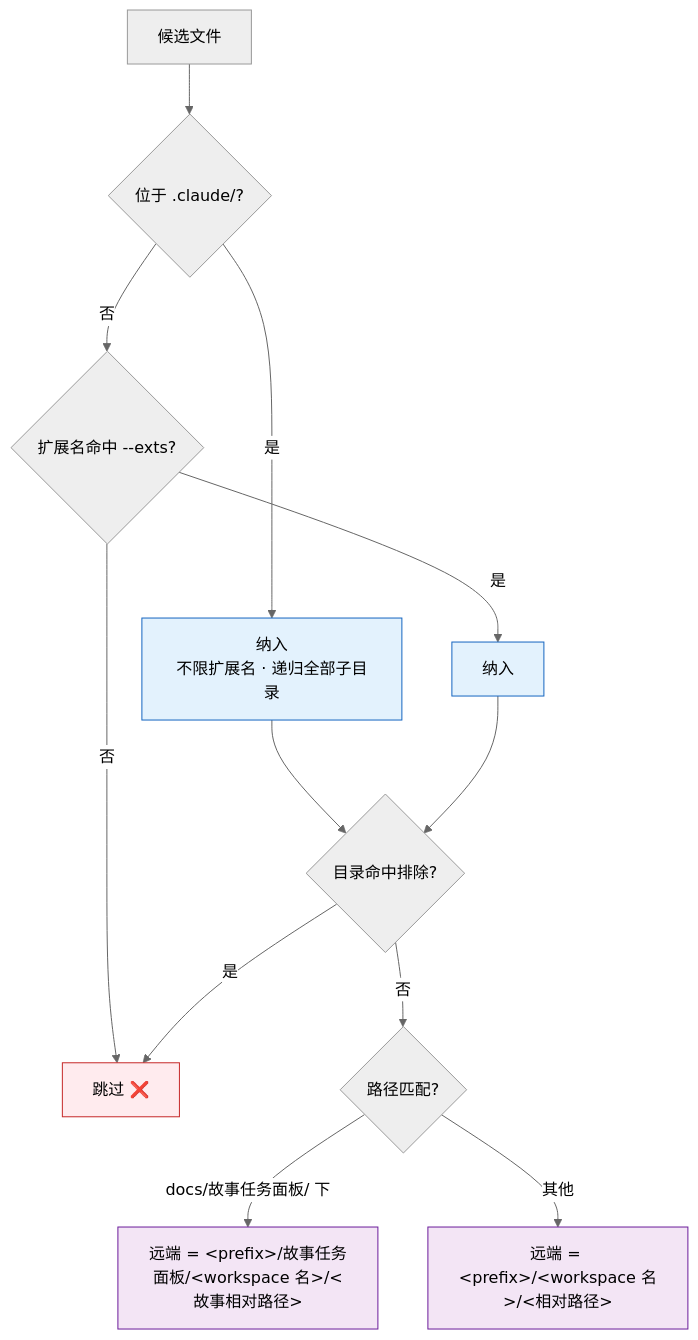
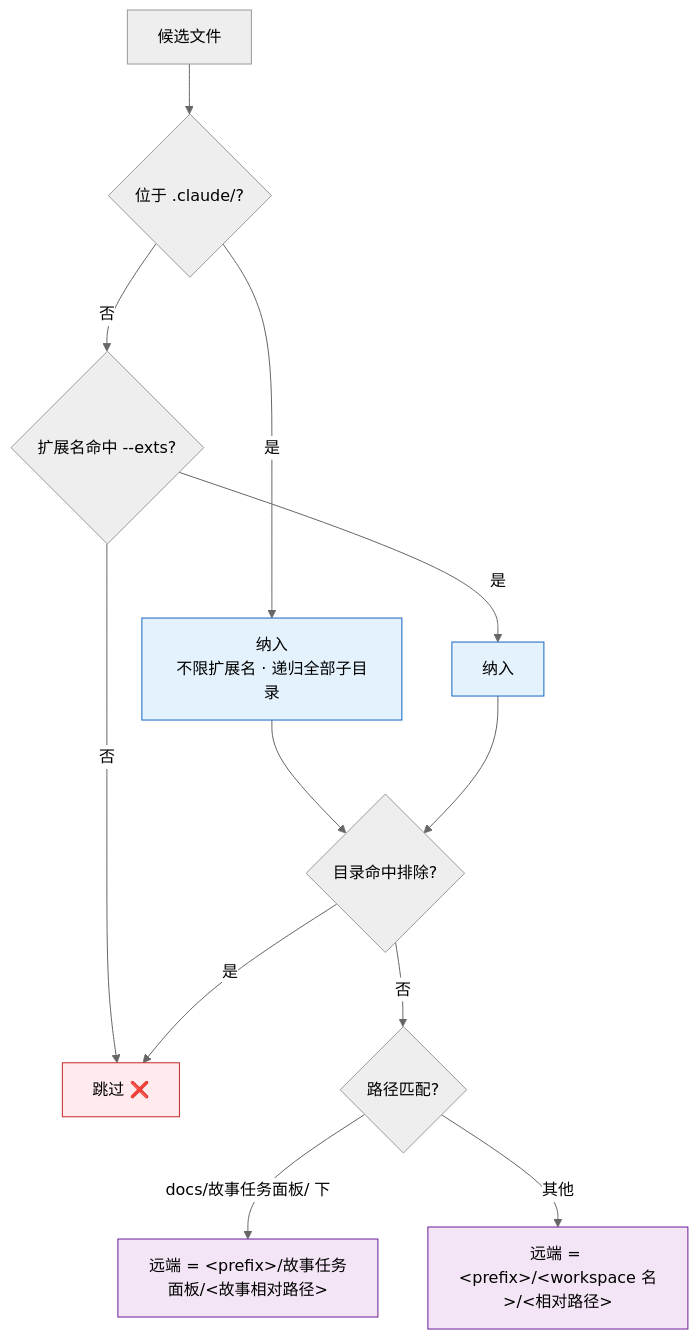
One commit to effiy/YrY changed the second of 8 diagrams in skills/import-docs/SKILL.md. Above: the diagram before and after it, drawn with Mermaid (neutral theme). The commit also changed other lines of this file and 12 other files, not shown here.

````diff
--- a/skills/import-docs/SKILL.md
+++ b/skills/import-docs/SKILL.md
@@ -59,17 +59,17 @@
 ```mermaid
 flowchart TD
     FILE["候选文件"] --> Q1{"位于 .claude/?"}
     Q1 -->|"是"| ALL["纳入<br/>不限扩展名 · 递归全部子目录"]:::rule
     Q1 -->|"否"| EXT{"扩展名命中 --exts?"}
     EXT -->|"是"| KEEP["纳入"]:::rule
     EXT -->|"否"| SKIP["跳过 ❌"]:::skip
     ALL & KEEP --> Q2{"目录命中排除?"}
     Q2 -->|"是"| SKIP
     Q2 -->|"否"| Q3{"路径匹配?"}
-    Q3 -->|"docs/故事任务面板/ 下"| PATH1["远端 = &lt;prefix&gt;/故事任务面板/&lt;workspace 名&gt;/&lt;故事相对路径&gt;"]:::path
+    Q3 -->|"docs/故事任务面板/ 下"| PATH1["远端 = &lt;prefix&gt;/故事任务面板/&lt;故事相对路径&gt;"]:::path
     Q3 -->|"其他"| PATH2["远端 = &lt;prefix&gt;/&lt;workspace 名&gt;/&lt;相对路径&gt;"]:::path
 
     classDef rule fill:#e3f2fd,stroke:#1565c0;
     classDef skip fill:#ffebee,stroke:#c62828;
     classDef path fill:#f3e5f5,stroke:#6a1b9a;
 ```
````
